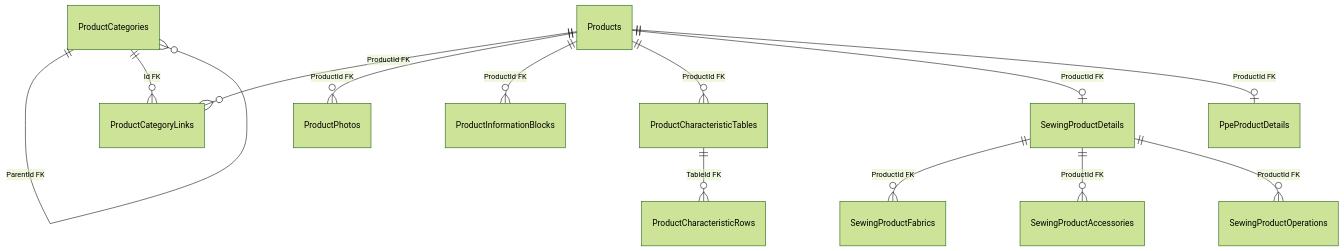
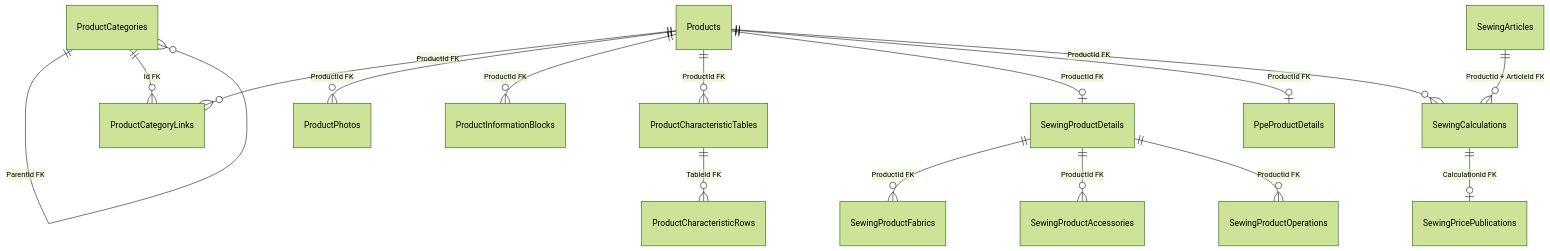
Before and after one commit to Weretik/BreviERP: the diagram in docs/sdd/architecture/data-model/catalog.md, drawn with Mermaid (forest theme). The commit also changed other lines of this file and 320 other files, not shown here.

````diff
--- a/docs/sdd/architecture/data-model/catalog.md
+++ b/docs/sdd/architecture/data-model/catalog.md
@@ -26,15 +30,18 @@
 ```mermaid
 erDiagram
     ProductCategories ||--o{ ProductCategories : "ParentId FK"
     Products ||--o{ ProductCategoryLinks : "ProductId FK"
     ProductCategories ||--o{ ProductCategoryLinks : "Id FK"
     Products ||--o{ ProductPhotos : "ProductId FK"
     Products ||--o{ ProductInformationBlocks : "ProductId FK"
     Products ||--o{ ProductCharacteristicTables : "ProductId FK"
     ProductCharacteristicTables ||--o{ ProductCharacteristicRows : "TableId FK"
     Products ||--o| SewingProductDetails : "ProductId FK"
     Products ||--o| PpeProductDetails : "ProductId FK"
     SewingProductDetails ||--o{ SewingProductFabrics : "ProductId FK"
     SewingProductDetails ||--o{ SewingProductAccessories : "ProductId FK"
     SewingProductDetails ||--o{ SewingProductOperations : "ProductId FK"
+    Products ||--o{ SewingCalculations : "ProductId FK"
+    SewingArticles ||--o{ SewingCalculations : "ProductId + ArticleId FK"
+    SewingCalculations ||--o| SewingPricePublications : "CalculationId FK"
 ```
````
